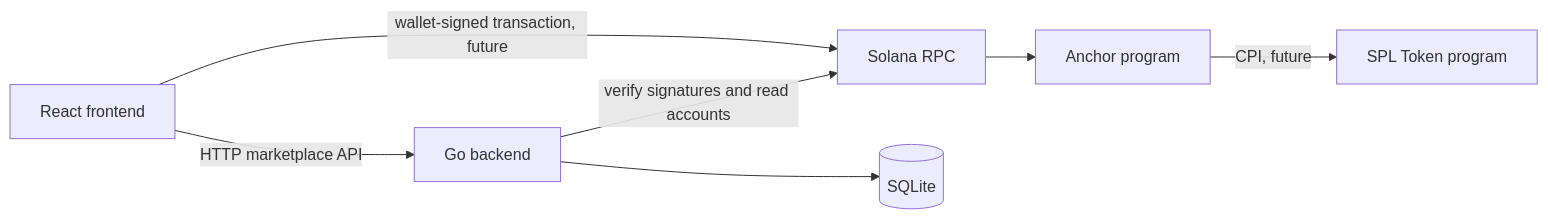
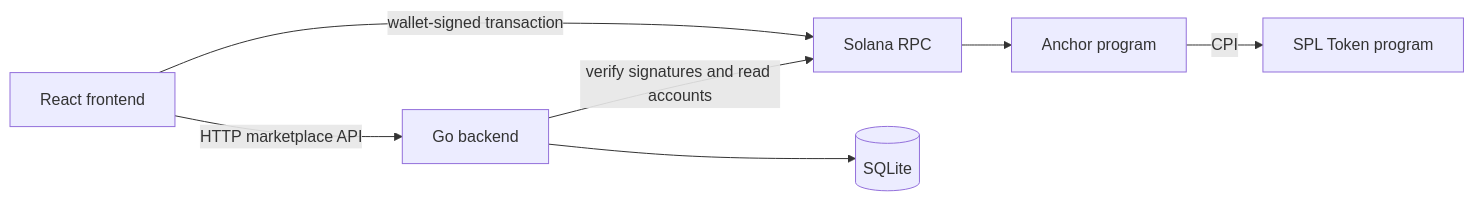
Before and after one commit to deltron-fr/Solstice: the diagram in docs/architecture.md, drawn with Mermaid. The commit also changed other lines of this file and 40 other files, not shown here.

````diff
--- a/docs/architecture.md
+++ b/docs/architecture.md
@@ -11,9 +11,9 @@
 ```mermaid
 flowchart LR
   UI[React frontend] -->|HTTP marketplace API| API[Go backend]
-  UI -->|wallet-signed transaction, future| RPC[Solana RPC]
+  UI -->|wallet-signed transaction| RPC[Solana RPC]
   API -->|verify signatures and read accounts| RPC
   RPC --> P[Anchor program]
-  P -->|CPI, future| T[SPL Token program]
+  P -->|CPI| T[SPL Token program]
   API --> DB[(SQLite)]
 ```
````
